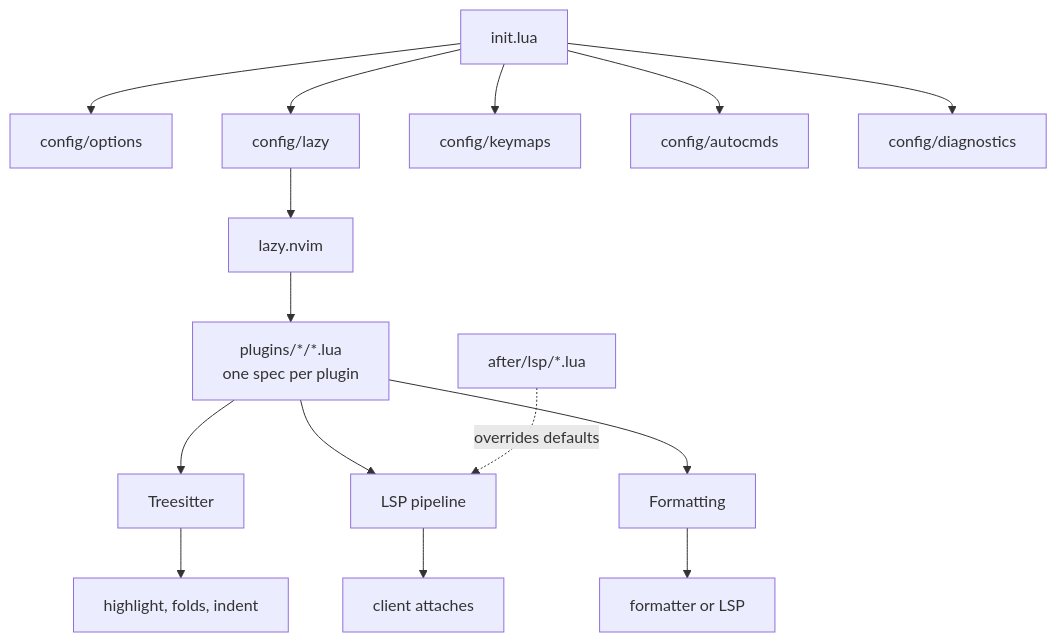
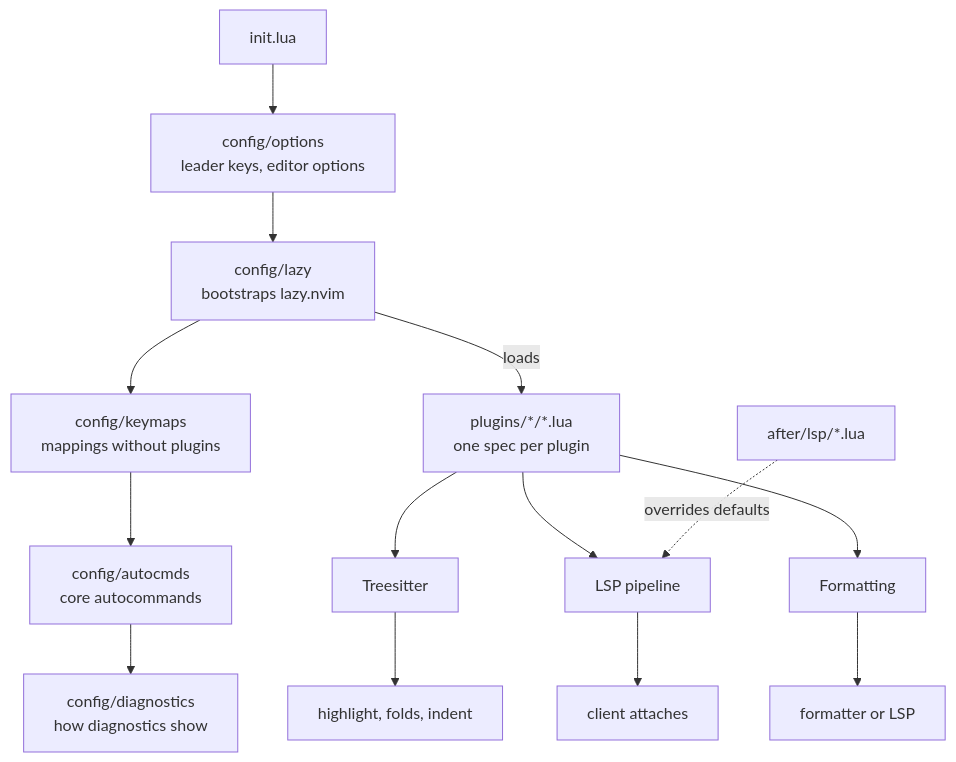
Before and after one commit to zttingbot/neovim-config: the first of 3 diagrams in docs/architecture.md, drawn with Mermaid. The commit also changed other lines of this file and 5 other files, not shown here.

Commit message:
docs(config): simplify guides with examples and diagrams

````diff
--- a/docs/architecture.md
+++ b/docs/architecture.md
@@ -7,14 +7,13 @@
 ```mermaid
 flowchart TD
-  init[init.lua] --> options[config/options]
-  init --> lazy[config/lazy]
-  init --> keymaps[config/keymaps]
-  init --> autocmds[config/autocmds]
-  init --> diag[config/diagnostics]
-  lazy --> lazynvim[lazy.nvim]
-  lazynvim --> specs["plugins/*/*.lua<br/>one spec per plugin"]
+  init[init.lua] --> options["config/options<br/>leader keys, editor options"]
+  options --> lazy["config/lazy<br/>bootstraps lazy.nvim"]
+  lazy --> keymaps["config/keymaps<br/>mappings without plugins"]
+  keymaps --> autocmds["config/autocmds<br/>core autocommands"]
+  autocmds --> diag["config/diagnostics<br/>how diagnostics show"]
+  lazy -- loads --> specs["plugins/*/*.lua<br/>one spec per plugin"]
   specs --> ts[Treesitter] --> tsout[highlight, folds, indent]
   specs --> lsp[LSP pipeline] --> client[client attaches]
   specs --> fmt[Formatting] --> conform[formatter or LSP]
   after["after/lsp/*.lua"] -. overrides defaults .-> lsp
 ```
````
